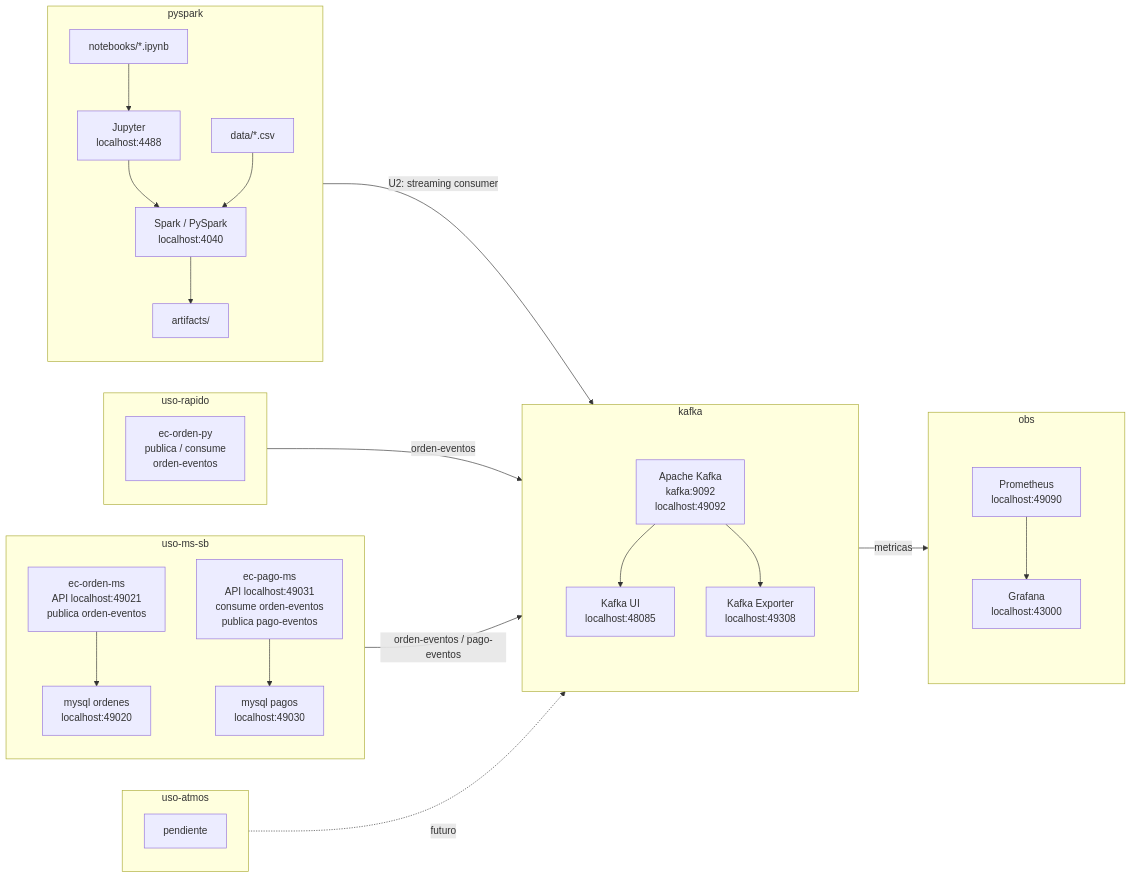
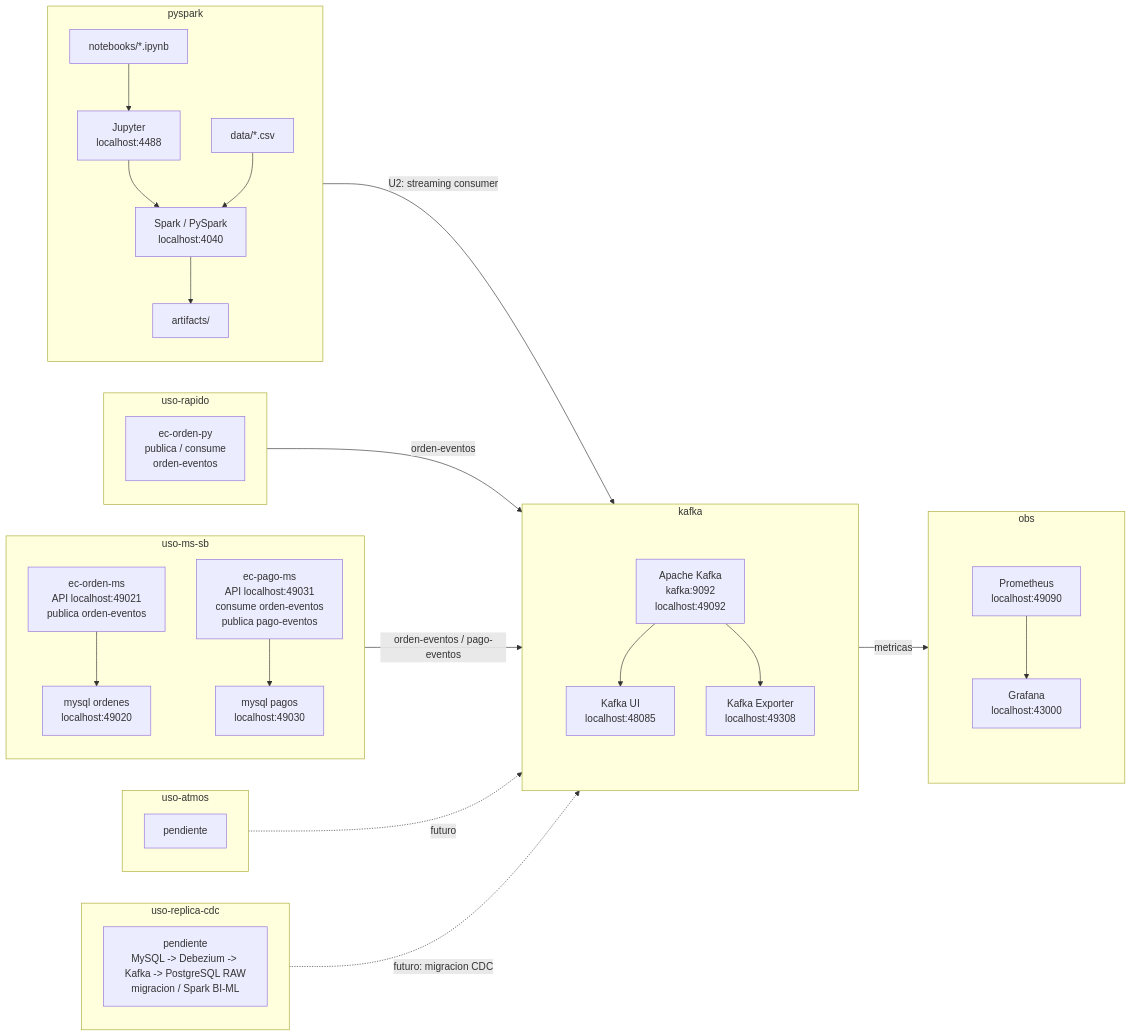
One commit to 261bigdata/lambdalab changed the diagram in pyspark/notebooks/index.md. Above: the diagram before and after it, drawn with Mermaid. The commit also changed 4 other files, not shown here.

````diff
--- a/pyspark/notebooks/index.md
+++ b/pyspark/notebooks/index.md
@@ -7,62 +7,67 @@
 ```mermaid
 flowchart LR
     subgraph PySparkModule["pyspark"]
         direction TB
         Notebooks["notebooks/*.ipynb"]
         Jupyter["Jupyter<br/>localhost:4488"]
         Spark["Spark / PySpark<br/>localhost:4040"]
         Data["data/*.csv"]
         Artifacts["artifacts/"]
         Notebooks --> Jupyter --> Spark
         Data --> Spark --> Artifacts
     end
 
     subgraph UseFast["uso-rapido"]
         PyQuick["ec-orden-py<br/>publica / consume<br/>orden-eventos"]
     end
 
     subgraph UseMS["uso-ms-sb"]
         direction TB
         OrdenMS["ec-orden-ms<br/>API localhost:49021<br/>publica orden-eventos"]
         OrdenDB["mysql ordenes<br/>localhost:49020"]
         PagoMS["ec-pago-ms<br/>API localhost:49031<br/>consume orden-eventos<br/>publica pago-eventos"]
         PagoDB["mysql pagos<br/>localhost:49030"]
         OrdenMS --> OrdenDB
         PagoMS --> PagoDB
     end
 
     subgraph UseIoT["uso-atmos"]
         IoT["pendiente"]
     end
 
+    subgraph UseCDC["uso-replica-cdc"]
+        CDC["pendiente<br/>MySQL -> Debezium -> Kafka -> PostgreSQL RAW<br/>migracion / Spark BI-ML"]
+    end
+
     subgraph KafkaModule["kafka"]
         direction TB
         subgraph KafkaStack[" "]
             direction TB
             Kafka["Apache Kafka<br/>kafka:9092<br/>localhost:49092"]
             KafkaUI["Kafka UI<br/>localhost:48085"]
             KafkaExporter["Kafka Exporter<br/>localhost:49308"]
             Kafka --> KafkaUI
             Kafka --> KafkaExporter
         end
     end
 
     subgraph ObsModule["obs"]
         direction TB
         subgraph ObsStack[" "]
             direction TB
             Prometheus["Prometheus<br/>localhost:49090"]
             Grafana["Grafana<br/>localhost:43000"]
             Prometheus --> Grafana
         end
     end
 
     PySparkModule -->|"U2: streaming consumer"| Kafka
     UseFast -->|"orden-eventos"| Kafka
     UseMS -->|"orden-eventos / pago-eventos"| Kafka
     UseIoT -. "futuro" .-> Kafka
+    UseCDC -. "futuro: migracion CDC" .-> Kafka
     KafkaExporter -->|"metricas"| Prometheus
 
     style KafkaStack fill:transparent,stroke:transparent,color:transparent
     style ObsStack fill:transparent,stroke:transparent,color:transparent
 ```
````
